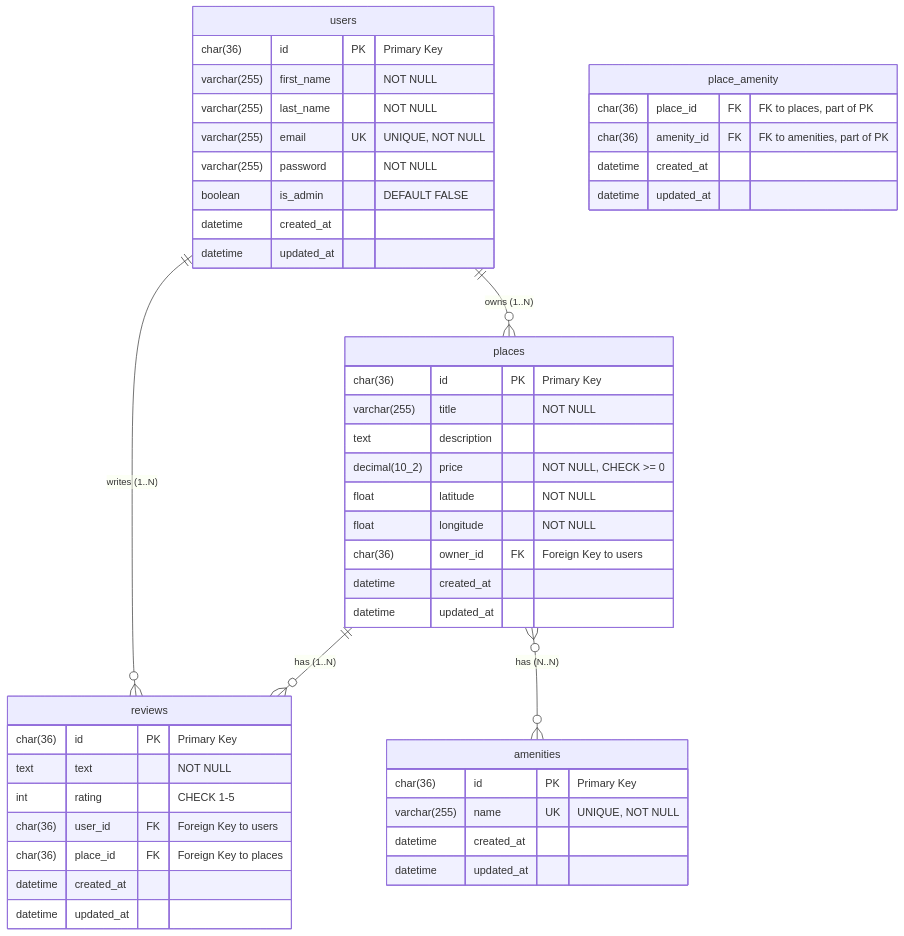
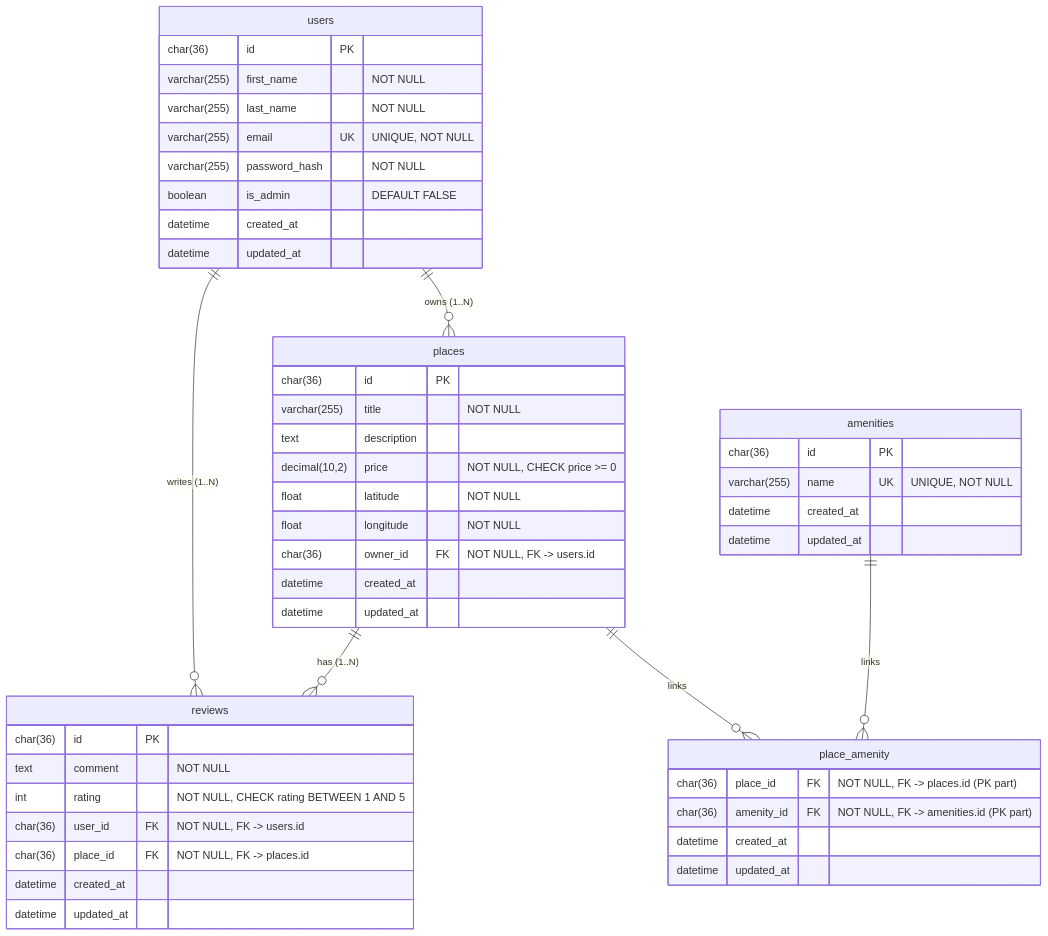
One commit to Roullito/holbertonschool-hbnb changed the diagram in part1/3_MLD_ERD_Diagram.md. Above: the diagram before and after it, drawn with Mermaid.

Commit message:
fix: Update MLD/ERD diagram to enhance clarity and accuracy of relationships and constraints

````diff
--- a/part1/3_MLD_ERD_Diagram.md
+++ b/part1/3_MLD_ERD_Diagram.md
@@ -7,54 +7,59 @@
 ```mermaid
 erDiagram
-    users ||--o{ places : "owns (1..N)"
-    users ||--o{ reviews : "writes (1..N)"
-    places ||--o{ reviews : "has (1..N)"
-    places }o--o{ amenities : "has (N..N)"
+    users  ||--o{ places        : "owns (1..N)"
+    users  ||--o{ reviews       : "writes (1..N)"
+    places ||--o{ reviews       : "has (1..N)"
+    places ||--o{ place_amenity : "links"
+    amenities ||--o{ place_amenity : "links"
 
     users {
-        char(36) id PK "Primary Key"
+        char(36) id PK
         varchar(255) first_name "NOT NULL"
-        varchar(255) last_name "NOT NULL"
-        varchar(255) email UK "UNIQUE, NOT NULL"
-        varchar(255) password "NOT NULL"
+        varchar(255) last_name  "NOT NULL"
+        varchar(255) email UK   "UNIQUE, NOT NULL"
+        varchar(255) password_hash "NOT NULL"
         boolean is_admin "DEFAULT FALSE"
         datetime created_at
         datetime updated_at
     }
 
     places {
-        char(36) id PK "Primary Key"
+        char(36) id PK
         varchar(255) title "NOT NULL"
         text description
-        decimal(10_2) price "NOT NULL, CHECK >= 0"
+        decimal(10,2) price "NOT NULL, CHECK price >= 0"
         float latitude "NOT NULL"
         float longitude "NOT NULL"
-        char(36) owner_id FK "Foreign Key to users"
+        char(36) owner_id FK "NOT NULL, FK -> users.id"
         datetime created_at
         datetime updated_at
     }
 
     reviews {
-        char(36) id PK "Primary Key"
-        text text "NOT NULL"
-        int rating "CHECK 1-5"
-        char(36) user_id FK "Foreign Key to users"
-        char(36) place_id FK "Foreign Key to places"
+        char(36) id PK
+        text comment "NOT NULL"
+        int rating "NOT NULL, CHECK rating BETWEEN 1 AND 5"
+        char(36) user_id FK "NOT NULL, FK -> users.id"
+        char(36) place_id FK "NOT NULL, FK -> places.id"
         datetime created_at
         datetime updated_at
+        %% Optionnel mais très propre :
+        %% UNIQUE(user_id, place_id)
     }
 
     amenities {
-        char(36) id PK "Primary Key"
+        char(36) id PK
         varchar(255) name UK "UNIQUE, NOT NULL"
         datetime created_at
         datetime updated_at
     }
 
     place_amenity {
-        char(36) place_id FK "FK to places, part of PK"
-        char(36) amenity_id FK "FK to amenities, part of PK"
+        char(36) place_id FK "NOT NULL, FK -> places.id (PK part)"
+        char(36) amenity_id FK "NOT NULL, FK -> amenities.id (PK part)"
+        %% PK(place_id, amenity_id)
         datetime created_at
         datetime updated_at
     }
+
 ```
````
